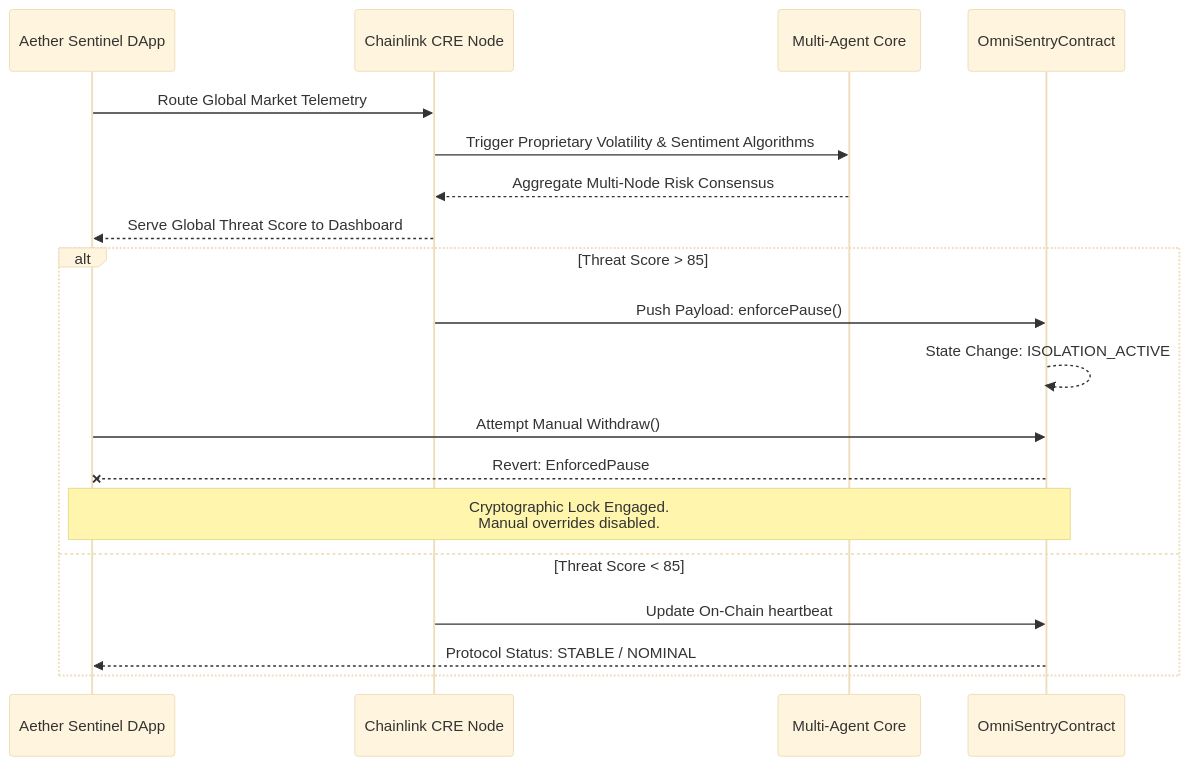
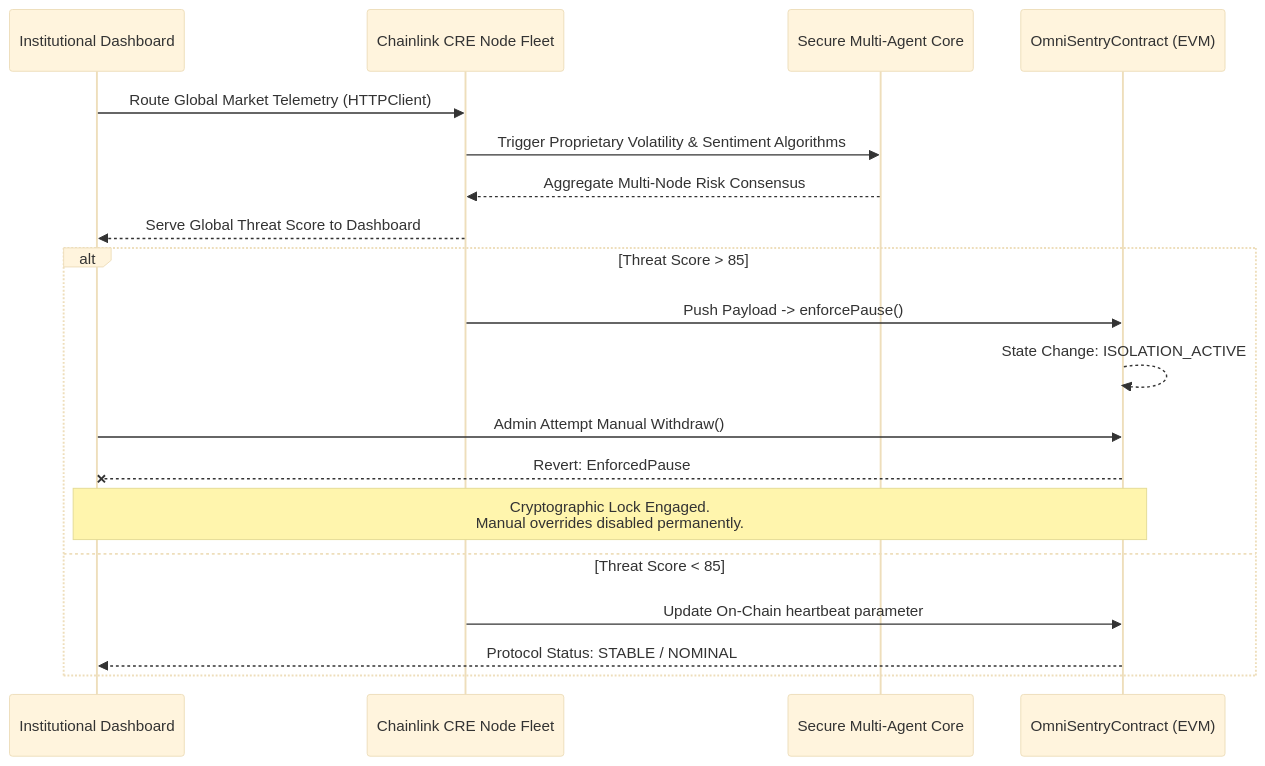
The second of 2 diagrams in README.md (Aaditya1273/SYNAPSE), drawn with Mermaid (base theme) before and after one commit. The commit also changed other lines of this file, not shown here.

````diff
--- a/README.md
+++ b/README.md
@@ -102,23 +129,23 @@
 ```mermaid
 sequenceDiagram
-    participant UI as Aether Sentinel DApp
-    participant CRE as Chainlink CRE Node
-    participant AI as Multi-Agent Core
-    participant SC as OmniSentryContract
+    participant UI as Institutional Dashboard
+    participant CRE as Chainlink CRE Node Fleet
+    participant AI as Secure Multi-Agent Core
+    participant SC as OmniSentryContract (EVM)
     
-    UI->>CRE: Route Global Market Telemetry
+    UI->>CRE: Route Global Market Telemetry (HTTPClient)
     CRE->>AI: Trigger Proprietary Volatility & Sentiment Algorithms
     AI-->>CRE: Aggregate Multi-Node Risk Consensus
     CRE-->>UI: Serve Global Threat Score to Dashboard
     
     alt Threat Score > 85
-        CRE->>SC: Push Payload: enforcePause()
+        CRE->>SC: Push Payload -> enforcePause()
         SC-->>SC: State Change: ISOLATION_ACTIVE
-        UI->>SC: Attempt Manual Withdraw()
+        UI->>SC: Admin Attempt Manual Withdraw()
         SC--xUI: Revert: EnforcedPause
-        Note over UI,SC: Cryptographic Lock Engaged.<br/>Manual overrides disabled.
+        Note over UI,SC: Cryptographic Lock Engaged.<br/>Manual overrides disabled permanently.
     else Threat Score < 85
-        CRE->>SC: Update On-Chain heartbeat
+        CRE->>SC: Update On-Chain heartbeat parameter
         SC-->>UI: Protocol Status: STABLE / NOMINAL
     end
 ```
````
